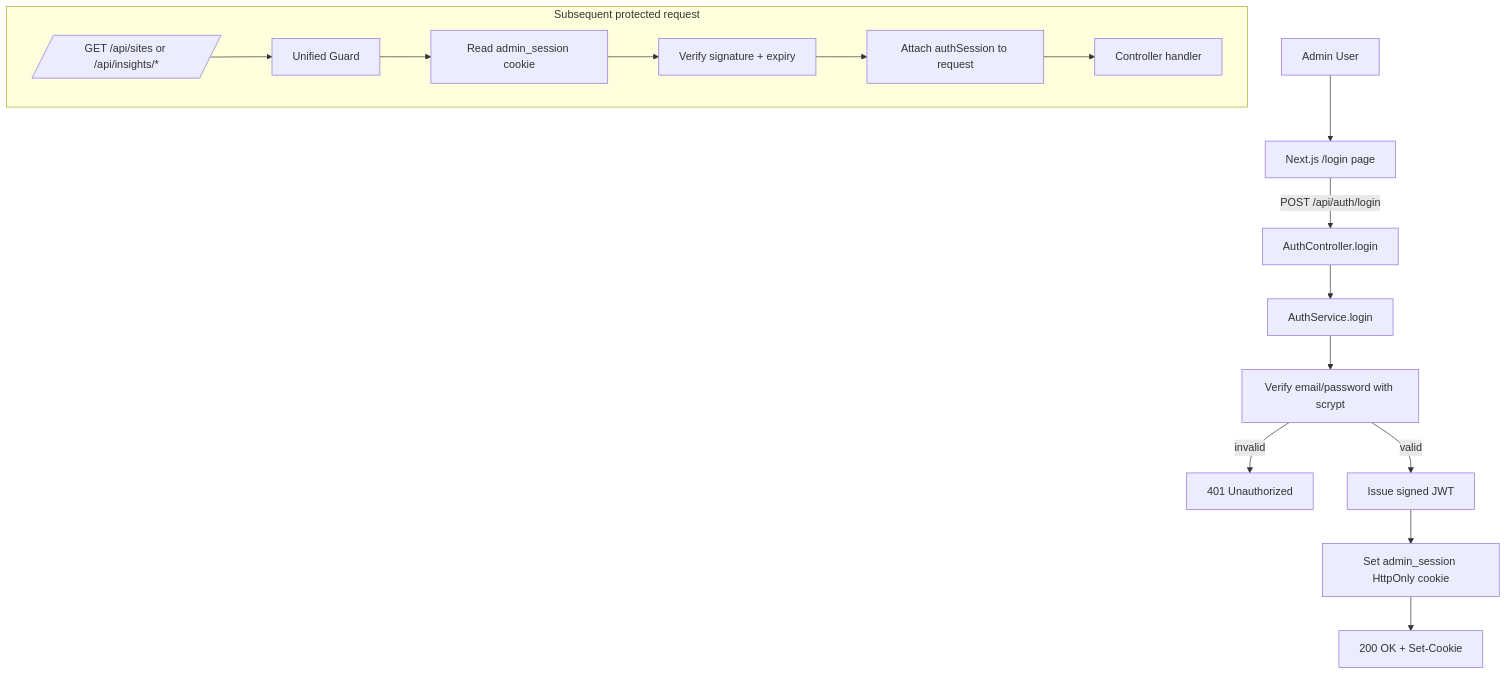
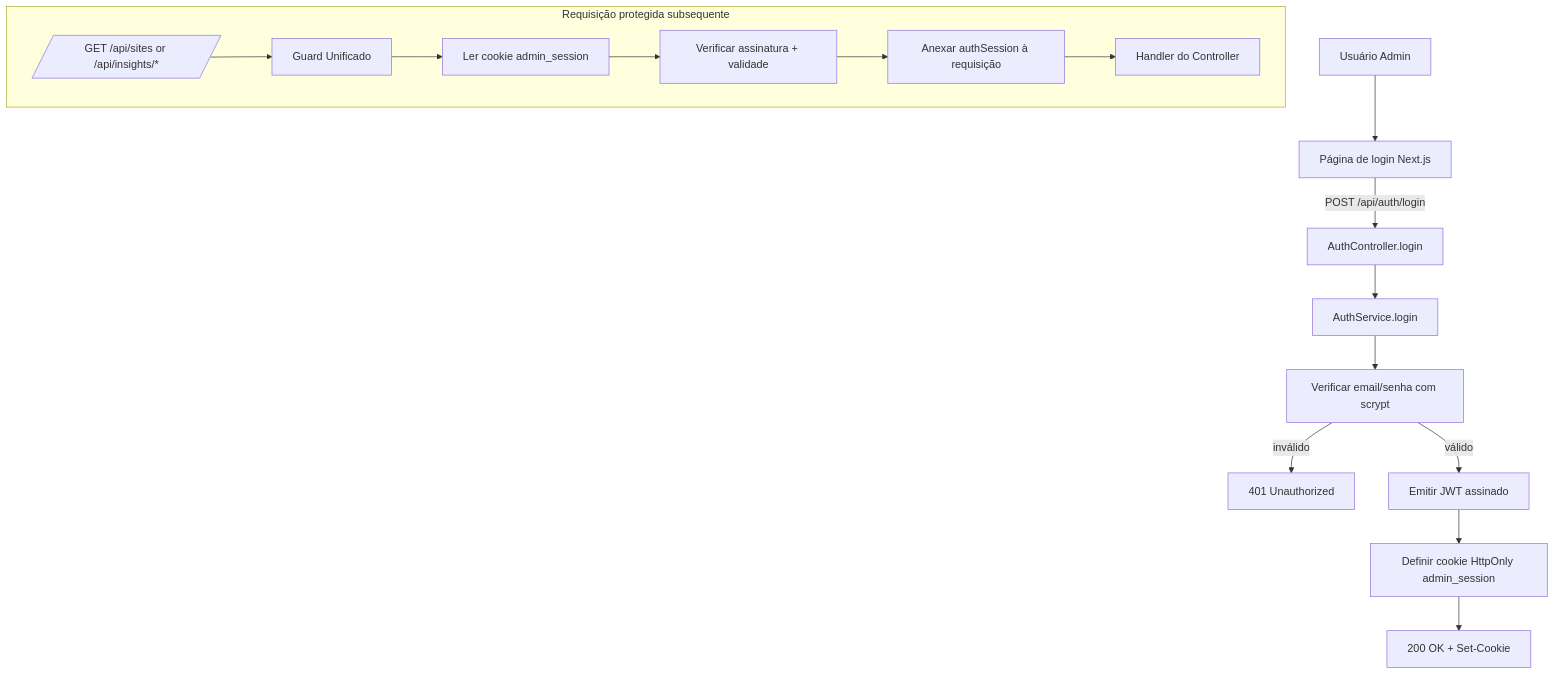
The second of 5 diagrams in ESPECIFICACOES.md (matheuscastroks/projeto-tfc), drawn with Mermaid before and after one commit. The commit also changed other lines of this file and 4 other files, not shown here.

````diff
--- a/ESPECIFICACOES.md
+++ b/ESPECIFICACOES.md
@@ -284,19 +284,19 @@
 ```mermaid
 flowchart TD
-  User[Admin User] --> LoginPage[Next.js /login page]
+  User[Usuário Admin] --> LoginPage[Página de login Next.js]
   LoginPage -->|POST /api/auth/login| AuthController[AuthController.login]
   AuthController --> AuthService[AuthService.login]
-  AuthService --> VerifyCreds[Verify email/password with scrypt]
-  VerifyCreds -->|invalid| Error401[401 Unauthorized]
-  VerifyCreds -->|valid| IssueJWT[Issue signed JWT]
-  IssueJWT --> SetCookie[Set admin_session HttpOnly cookie]
+  AuthService --> VerifyCreds[Verificar email/senha com scrypt]
+  VerifyCreds -->|inválido| Error401[401 Unauthorized]
+  VerifyCreds -->|válido| IssueJWT[Emitir JWT assinado]
+  IssueJWT --> SetCookie[Definir cookie HttpOnly admin_session]
   SetCookie --> LoginResponse[200 OK + Set-Cookie]
 
-  subgraph ProtectedRequest[Subsequent protected request]
-    Req[/GET /api/sites or /api/insights/*/] --> Guard[Unified Guard]
-    Guard --> ReadCookie[Read admin_session cookie]
-    ReadCookie --> VerifyJWT2[Verify signature + expiry]
-    VerifyJWT2 --> AttachSession[Attach authSession to request]
-    AttachSession --> Controller[Controller handler]
+  subgraph ProtectedRequest[Requisição protegida subsequente]
+    Req[/GET /api/sites or /api/insights/*/] --> Guard[Guard Unificado]
+    Guard --> ReadCookie[Ler cookie admin_session]
+    ReadCookie --> VerifyJWT2[Verificar assinatura + validade]
+    VerifyJWT2 --> AttachSession[Anexar authSession à requisição]
+    AttachSession --> Controller[Handler do Controller]
   end
 ```
````
